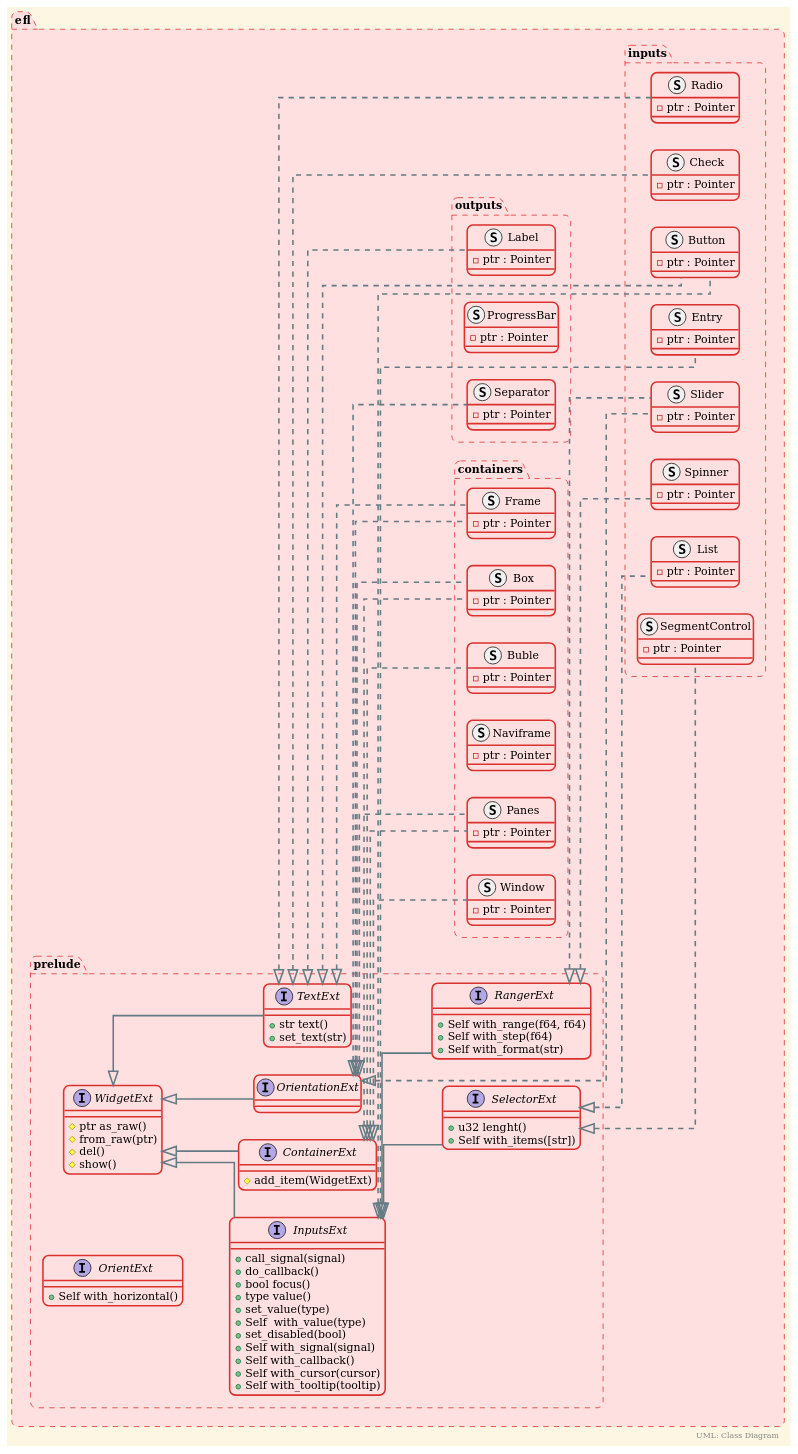
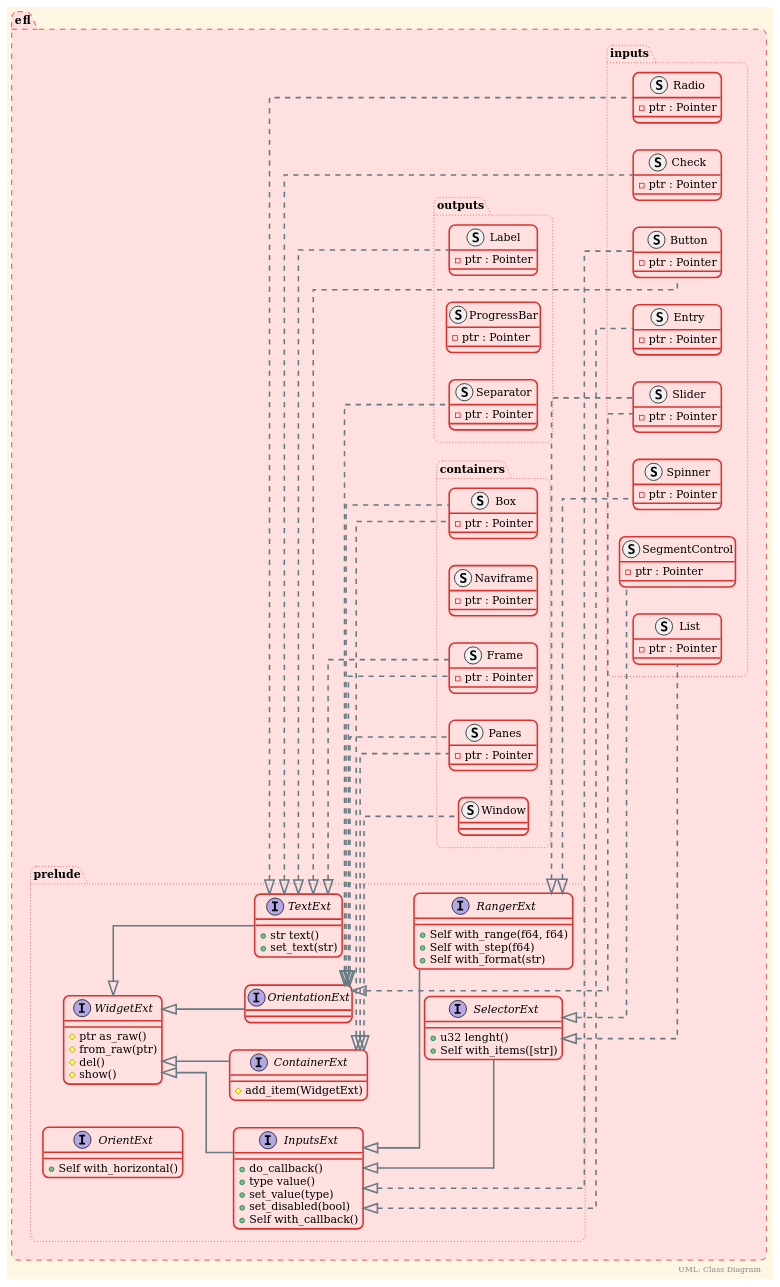
Before and after one commit to theavege/efl-rs: the diagram in README.md, drawn with PlantUML. The commit also changed other lines of this file and 15 other files, not shown here.

```diff
--- a/README.md
+++ b/README.md
@@ -56,27 +55,21 @@
 right footer UML: Class Diagram
 left to right direction
 package "efl" #line.dashed {
-    package containers #line.dashed {
+    package containers #line.dotted {
         struct Box {
             -ptr : Pointer
         }
-        struct Buble {
+        struct Naviframe {
             -ptr : Pointer
         }
         struct Frame {
             -ptr : Pointer
         }
-        struct Naviframe {
-            -ptr : Pointer
-        }
         struct Panes {
             -ptr : Pointer
         }
-        struct Window {
-            -ptr : Pointer
-        }
     }
-    package outputs #line.dashed {
+    package outputs #line.dotted {
         struct Label {
             -ptr : Pointer
         }
@@ -87,7 +80,7 @@
             -ptr : Pointer
         }
     }
-    package inputs #line.dashed {
+    package inputs #line.dotted {
         struct Button {
             -ptr : Pointer
         }
@@ -113,7 +106,7 @@
             -ptr : Pointer
         }
     }
-    package prelude #line.dashed {
+    package prelude #line.dotted {
         interface WidgetExt {
             #ptr as_raw()
             #from_raw(ptr)
@@ -131,17 +124,11 @@
             +Self with_horizontal()
         }
         interface InputsExt {
-            +call_signal(signal)
             +do_callback()
-            +bool focus()
             +type value()
             +set_value(type)
-            +Self  with_value(type)
             +set_disabled(bool)
-            +Self with_signal(signal)
             +Self with_callback()
-            +Self with_cursor(cursor)
-            +Self with_tooltip(tooltip)
         }
         interface RangerExt {
             +Self with_range(f64, f64)
@@ -165,8 +152,6 @@
 
     struct containers.Box implements prelude.OrientationExt
     struct containers.Box implements prelude.ContainerExt
-
-    struct containers.Buble implements prelude.ContainerExt
 
     struct containers.Frame implements prelude.TextExt
     struct containers.Frame implements prelude.OrientationExt
```
